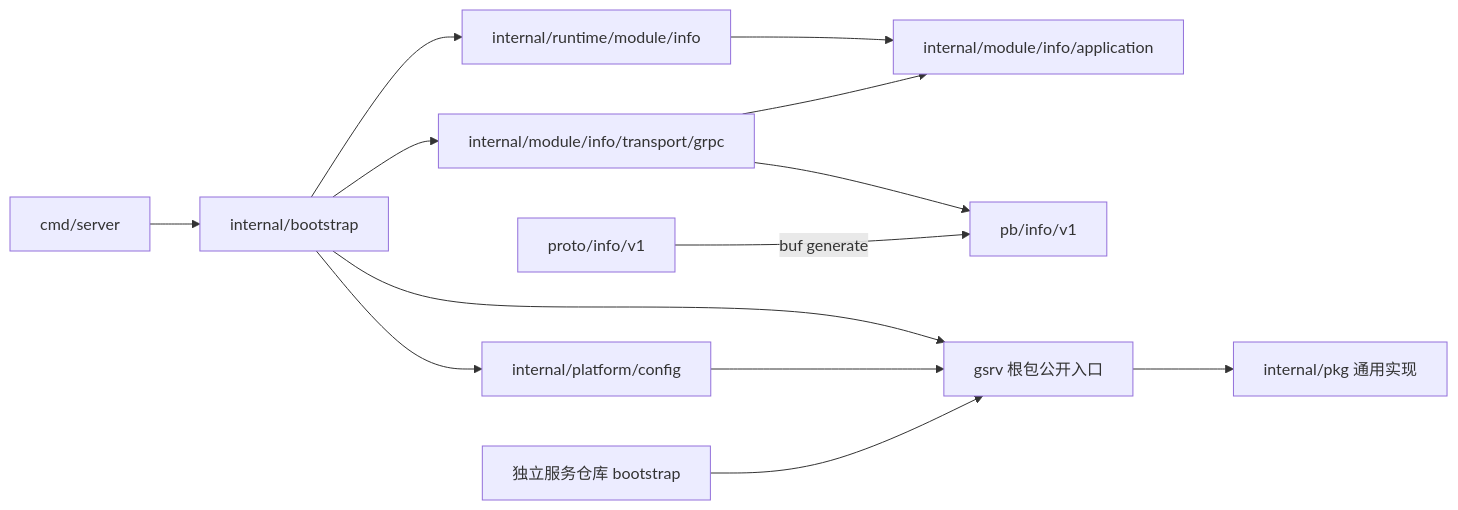
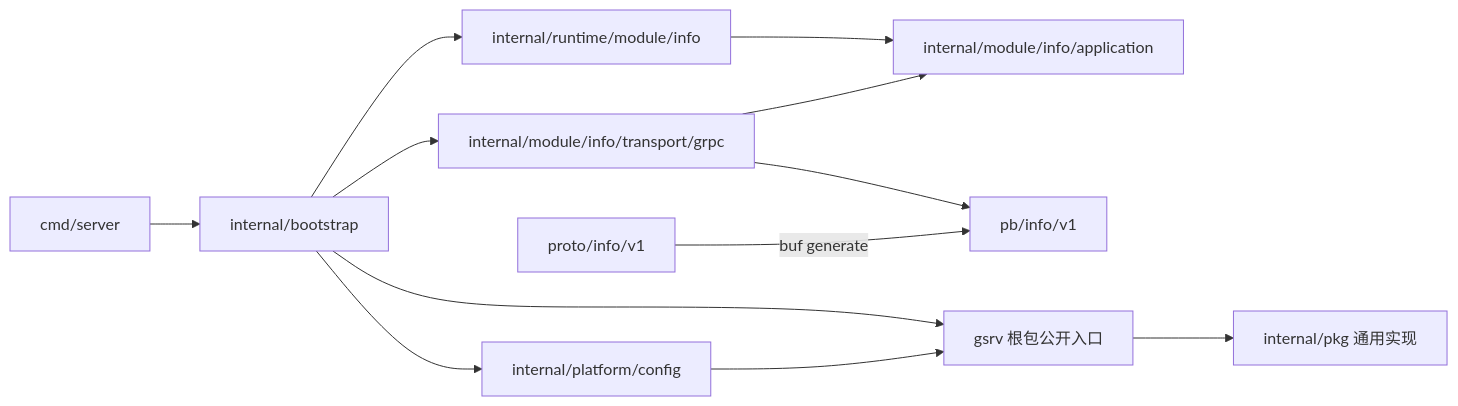
One commit to gtkit/gsrv changed the first of 6 diagrams in GSRV_DESIGN.md. Above: the diagram before and after it, drawn with Mermaid. The commit also changed other lines of this file and 36 other files, not shown here.

````diff
--- a/GSRV_DESIGN.md
+++ b/GSRV_DESIGN.md
@@ -44,15 +43,14 @@
 ```mermaid
 flowchart LR
   Main[cmd/server] --> Bootstrap[internal/bootstrap]
   Bootstrap --> Config[internal/platform/config]
   Bootstrap --> Runtime[internal/runtime/module/info]
   Runtime --> Application[internal/module/info/application]
   Bootstrap --> Handler[internal/module/info/transport/grpc]
   Handler --> Application
   Handler --> PB[pb/info/v1]
   Proto[proto/info/v1] -->|buf generate| PB
   Bootstrap --> Entry[gsrv 根包公开入口]
   Config --> Entry
   Entry --> Common[internal/pkg 通用实现]
-  Other[独立服务仓库 bootstrap] --> Entry
 ```
````
